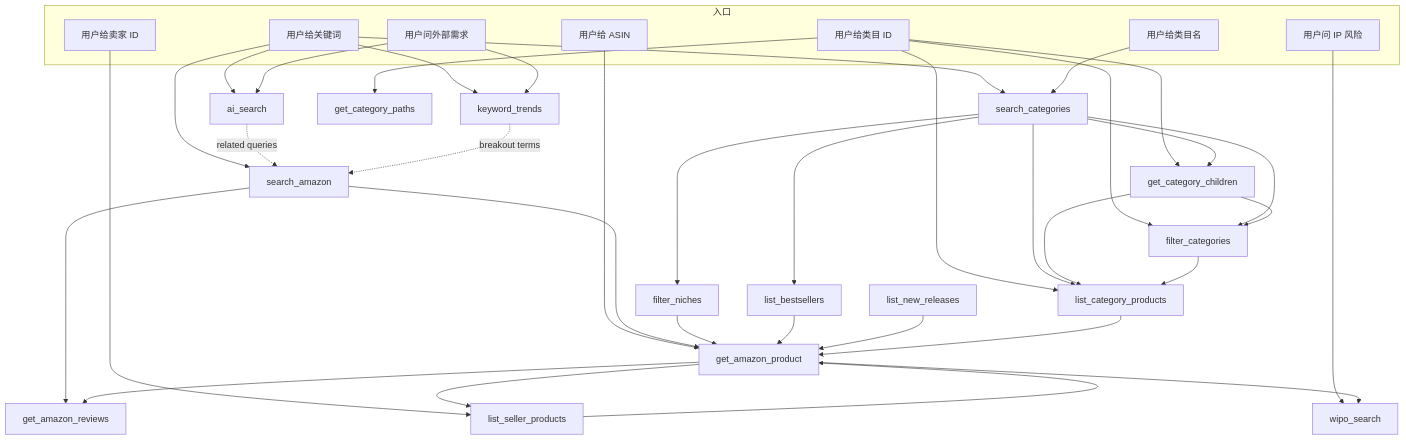
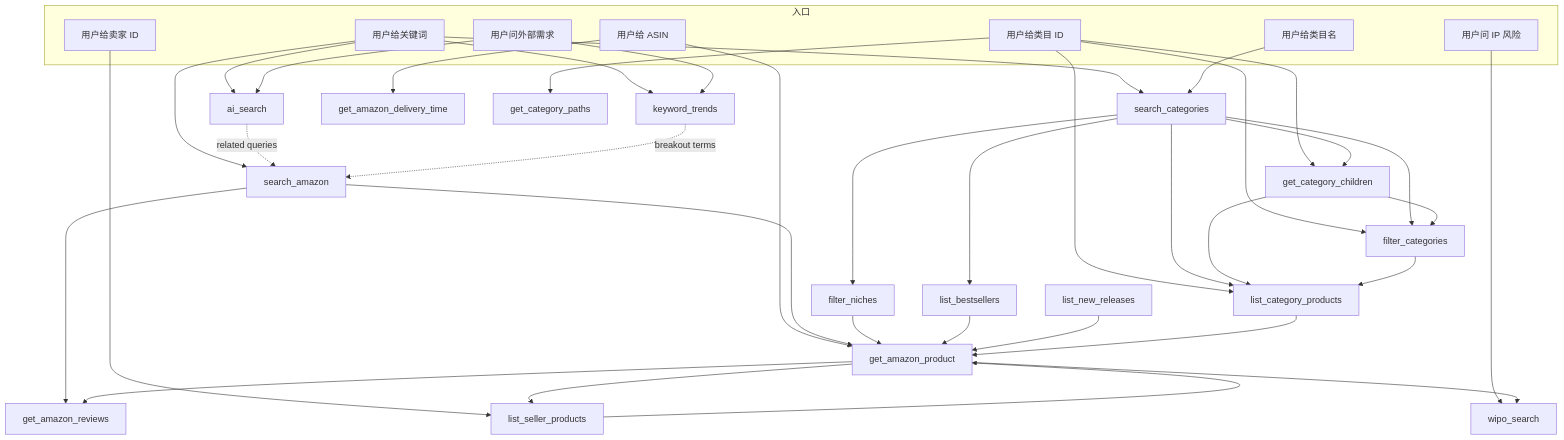
The diagram in MCP-TOOLS-MAP.md (pangolinfo/pangolinfo-mcp), drawn with Mermaid before and after one commit. The commit also changed other lines of this file and 7 other files, not shown here.

Commit message:
feat: 添加 get_amazon_delivery_time 工具，更新相关文档和工具注册

````diff
--- a/MCP-TOOLS-MAP.md
+++ b/MCP-TOOLS-MAP.md
@@ -58,55 +59,56 @@
 ```mermaid
 graph TD
     subgraph Entry [入口]
         Q1["用户给关键词"]
         Q2["用户给 ASIN"]
         Q3["用户给类目名"]
         Q4["用户给类目 ID"]
         Q5["用户给卖家 ID"]
         Q6["用户问外部需求"]
         Q7["用户问 IP 风险"]
     end
 
     Q1 --> SA["search_amazon"]
     Q1 --> SC["search_categories"]
     Q1 --> GT["keyword_trends"]
     Q1 --> GAS["ai_search"]
 
     Q2 --> GAP["get_amazon_product"]
+    Q2 --> GLD["get_amazon_delivery_time"]
     Q3 --> SC
     Q4 --> LCP["list_category_products"]
     Q4 --> FC["filter_categories"]
     Q4 --> GCC["get_category_children"]
     Q4 --> GCP["get_category_paths"]
     Q5 --> LSP["list_seller_products"]
     Q6 --> GT
     Q6 --> GAS
     Q7 --> WIPO["wipo_search"]
 
     SA --> GAP
     SA --> GAR["get_amazon_reviews"]
 
     SC --> FN["filter_niches"]
     SC --> FC
     SC --> LCP
     SC --> LB["list_bestsellers"]
     SC --> GCC
 
     GCC --> LCP
     GCC --> FC
 
     FC --> LCP
     FN --> GAP
 
     LB --> GAP
     LNR["list_new_releases"] --> GAP
     LCP --> GAP
     LSP --> GAP
 
     GAP --> GAR
     GAP --> LSP
     GAP --> WIPO
 
     GAS -.related queries.-> SA
     GT -.breakout terms.-> SA
 ```
````
